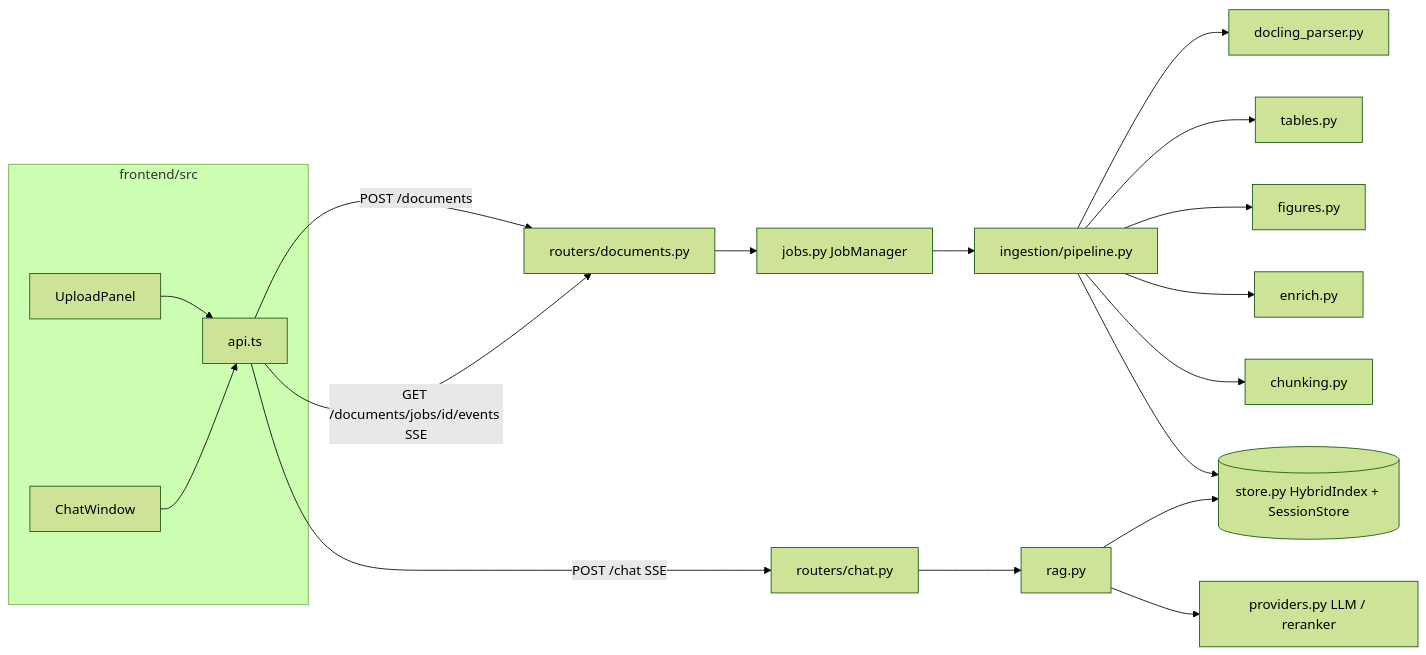
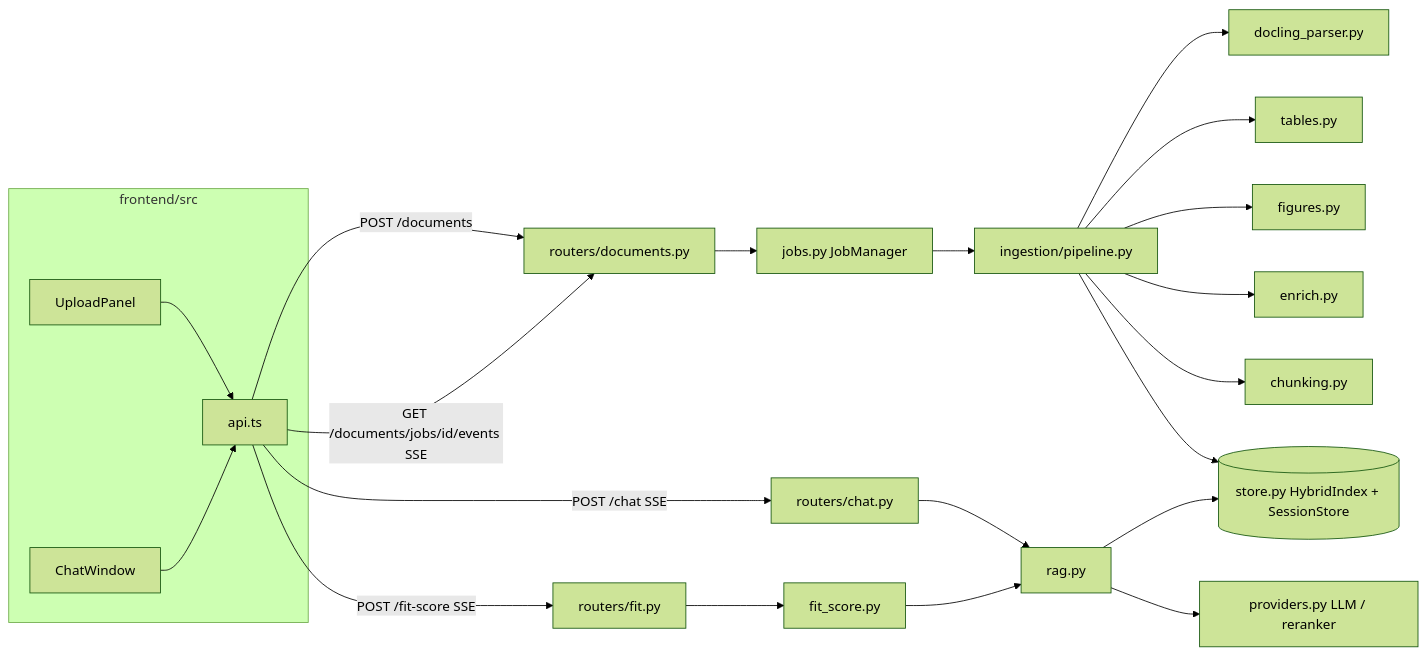
The diagram in docs/ARCHITECTURE.md (Kowshikvetcha/Insurance_RAG), drawn with Mermaid (forest theme) before and after one commit. The commit also changed other lines of this file and 21 other files, not shown here.

First line of the commit message:
Add policy fit score: health profile form with 1-10 score and reasoning

````diff
--- a/docs/ARCHITECTURE.md
+++ b/docs/ARCHITECTURE.md
@@ -18,21 +18,24 @@
 ```mermaid
 flowchart LR
   subgraph Frontend [frontend/src]
     UP[UploadPanel] --> API[api.ts]
     CW[ChatWindow] --> API
   end
   API -- POST /documents --> DR[routers/documents.py]
   DR --> JM[jobs.py JobManager]
   JM --> PL[ingestion/pipeline.py]
   PL --> PA[docling_parser.py]
   PL --> TB[tables.py]
   PL --> FG[figures.py]
   PL --> EN[enrich.py]
   PL --> CH[chunking.py]
   PL --> ST[(store.py HybridIndex + SessionStore)]
   API -- GET /documents/jobs/id/events SSE --> DR
   API -- POST /chat SSE --> CR[routers/chat.py]
   CR --> RG[rag.py]
   RG --> ST
   RG --> LLM[providers.py LLM / reranker]
+  API -- POST /fit-score SSE --> FR[routers/fit.py]
+  FR --> FS[fit_score.py]
+  FS --> RG
 ```
````
